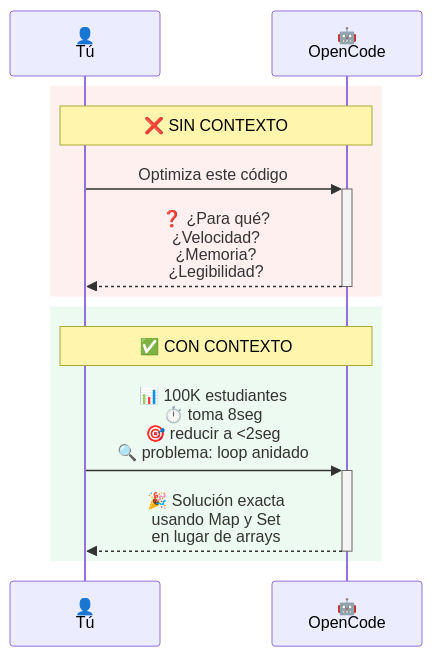
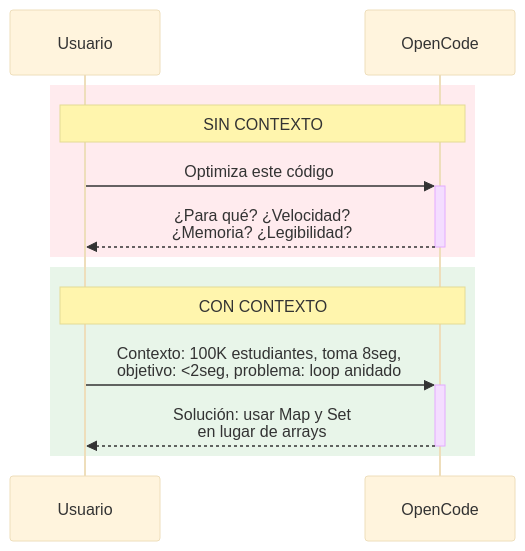
One commit to Ai-Whisperers/Courses-Content changed the fifth of 18 diagrams in courses/🟡-development/FPUNA-2026/00-FUNDAMENTOS-PRINCIPALES/03-ingenieria-prompts.md. Above: the diagram before and after it, drawn with Mermaid. The commit also changed other lines of this file and 47 other files, not shown here.

First line of the commit message:
fix: Make all 473 diagrams WCAG AAA accessible (FPUNA-2026)

````diff
--- a/courses/🟡-development/FPUNA-2026/00-FUNDAMENTOS-PRINCIPALES/03-ingenieria-prompts.md
+++ b/courses/🟡-development/FPUNA-2026/00-FUNDAMENTOS-PRINCIPALES/03-ingenieria-prompts.md
@@ -334,17 +338,18 @@
 ```mermaid
+%%{init: {'theme':'base', 'themeVariables': {'fontSize':'18px'}}}%%
 sequenceDiagram
-    participant U as 👤<br/>Tú
-    participant OC as 🤖<br/>OpenCode
+    participant U as Usuario
+    participant OC as OpenCode
     
-    rect rgb(255, 107, 107, 0.1)
-        Note over U,OC: ❌ SIN CONTEXTO
+    rect rgb(255, 235, 238)
+        Note over U,OC: SIN CONTEXTO
         U->>+OC: Optimiza este código
-        OC-->>-U: ❓ ¿Para qué?<br/>¿Velocidad?<br/>¿Memoria?<br/>¿Legibilidad?
+        OC-->>-U: ¿Para qué? ¿Velocidad?<br>¿Memoria? ¿Legibilidad?
     end
     
-    rect rgb(80, 200, 120, 0.1)
-        Note over U,OC: ✅ CON CONTEXTO
-        U->>+OC: 📊 100K estudiantes<br/>⏱️ toma 8seg<br/>🎯 reducir a <2seg<br/>🔍 problema: loop anidado
-        OC-->>-U: 🎉 Solución exacta<br/>usando Map y Set<br/>en lugar de arrays
+    rect rgb(232, 245, 233)
+        Note over U,OC: CON CONTEXTO
+        U->>+OC: Contexto: 100K estudiantes, toma 8seg,<br>objetivo: <2seg, problema: loop anidado
+        OC-->>-U: Solución: usar Map y Set<br>en lugar de arrays
     end
 ```
````
